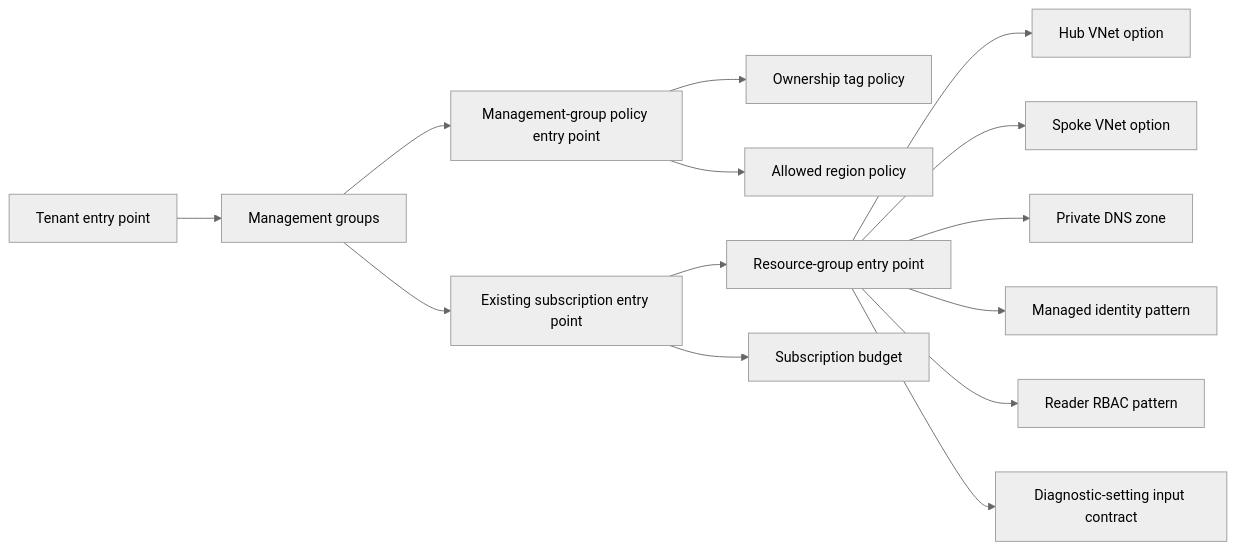
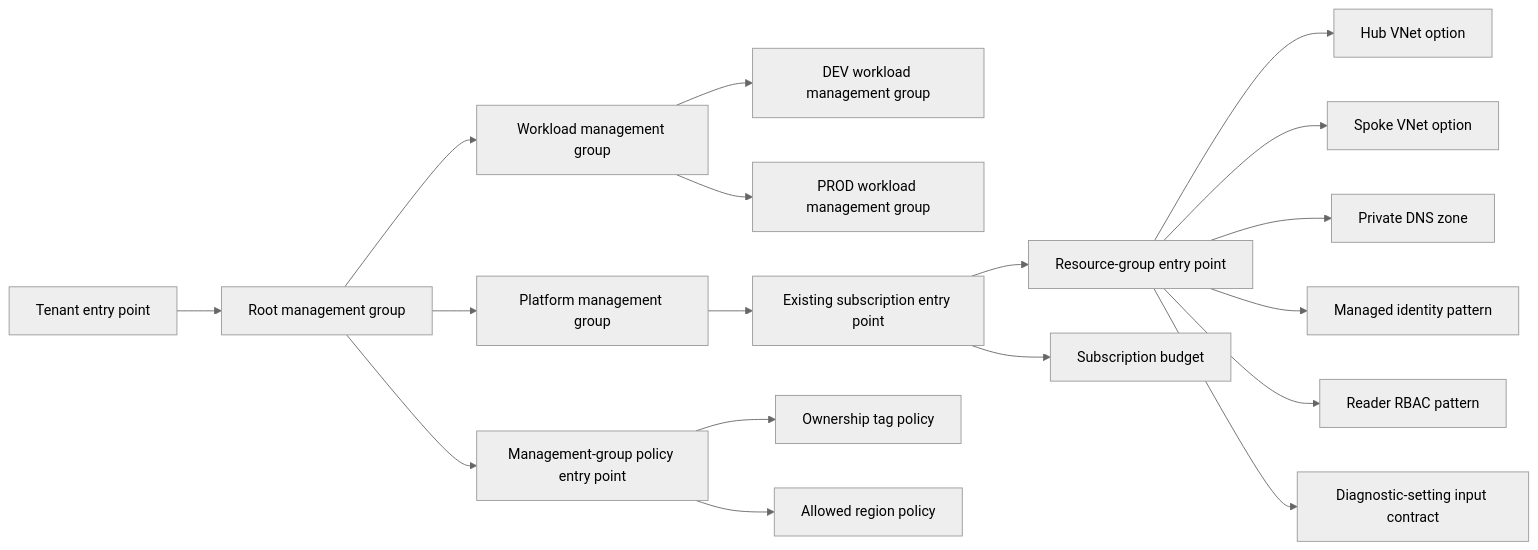
The first of 2 diagrams in docs/architecture.md (kiranvalluri2016/azure-cloud-platform-architecture-reference), drawn with Mermaid (neutral theme) before and after one commit. The commit also changed other lines of this file and 19 other files, not shown here.

````diff
--- a/docs/architecture.md
+++ b/docs/architecture.md
@@ -7,17 +7,21 @@
 ```mermaid
 flowchart LR
-  T[Tenant entry point] --> MG[Management groups]
-  MG --> P[Management-group policy entry point]
-  MG --> S[Existing subscription entry point]
+  T[Tenant entry point] --> Root[Root management group]
+  Root --> PlatformMG[Platform management group]
+  Root --> WorkloadsMG[Workload management group]
+  WorkloadsMG --> DevMG[DEV workload management group]
+  WorkloadsMG --> ProdMG[PROD workload management group]
+  Root --> P[Management-group policy entry point]
+  PlatformMG --> S[Existing subscription entry point]
   S --> RG[Resource-group entry point]
 
   P --> Tags[Ownership tag policy]
   P --> Regions[Allowed region policy]
   S --> Budget[Subscription budget]
   RG --> Hub[Hub VNet option]
   RG --> Spoke[Spoke VNet option]
   RG --> DNS[Private DNS zone]
   RG --> MI[Managed identity pattern]
   RG --> RBAC[Reader RBAC pattern]
   RG --> Diag[Diagnostic-setting input contract]
 ```
````
